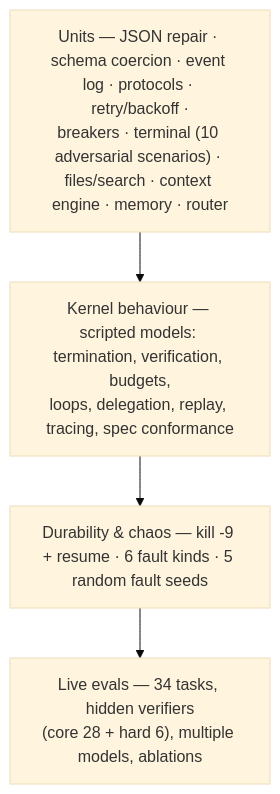
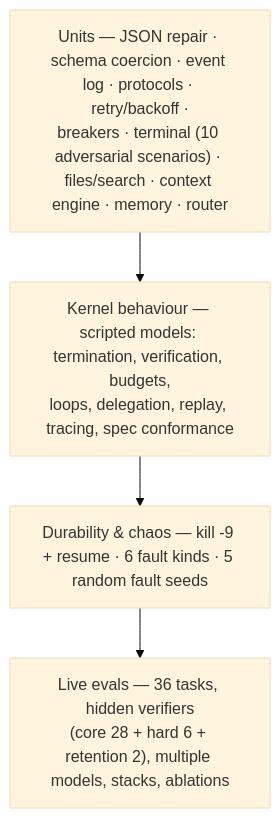
Before and after one commit to awaisqaziair-eng/World-Best--Agentic-Architecture: the diagram in docs/13-evaluation-and-testing.md, drawn with Mermaid (base theme). The commit also changed other lines of this file and 5 other files, not shown here.

````diff
--- a/docs/13-evaluation-and-testing.md
+++ b/docs/13-evaluation-and-testing.md
@@ -12,8 +12,8 @@
 ```mermaid
 flowchart TB
-    L4["Live evals — 34 tasks, hidden verifiers\n(core 28 + hard 6), multiple models, ablations"]
+    L4["Live evals — 36 tasks, hidden verifiers\n(core 28 + hard 6 + retention 2), multiple models, stacks, ablations"]
     L3["Durability & chaos — kill -9 + resume · 6 fault kinds · 5 random fault seeds"]
     L2["Kernel behaviour — scripted models: termination, verification, budgets,\nloops, delegation, replay, tracing, spec conformance"]
     L1["Units — JSON repair · schema coercion · event log · protocols · retry/backoff ·\nbreakers · terminal (10 adversarial scenarios) · files/search · context engine · memory · router"]
     L1 --> L2 --> L3 --> L4
 ```
````
